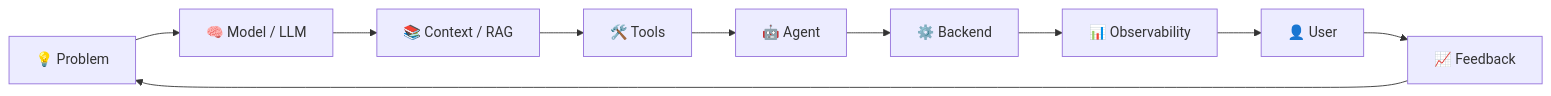
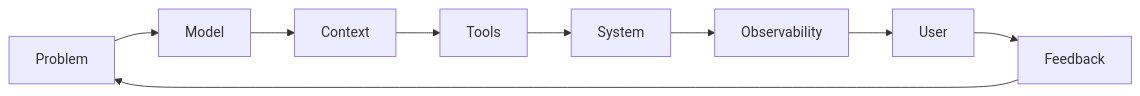
One commit to kh-bikash/kh-bikash changed the diagram in README.md. Above: the diagram before and after it, drawn with Mermaid. The commit also changed other lines of this file, not shown here.

````diff
--- a/README.md
+++ b/README.md
@@ -339,12 +437,11 @@
 ```mermaid
 flowchart LR
-    A["💡 Problem"] --> B["🧠 Model / LLM"]
-    B --> C["📚 Context / RAG"]
-    C --> D["🛠️ Tools"]
-    D --> E["🤖 Agent"]
-    E --> F["⚙️ Backend"]
-    F --> G["📊 Observability"]
-    G --> H["👤 User"]
-    H --> I["📈 Feedback"]
-    I --> A
+    A["Problem"] --> B["Model"]
+    B --> C["Context"]
+    C --> D["Tools"]
+    D --> E["System"]
+    E --> F["Observability"]
+    F --> G["User"]
+    G --> H["Feedback"]
+    H --> A
 ```
````
